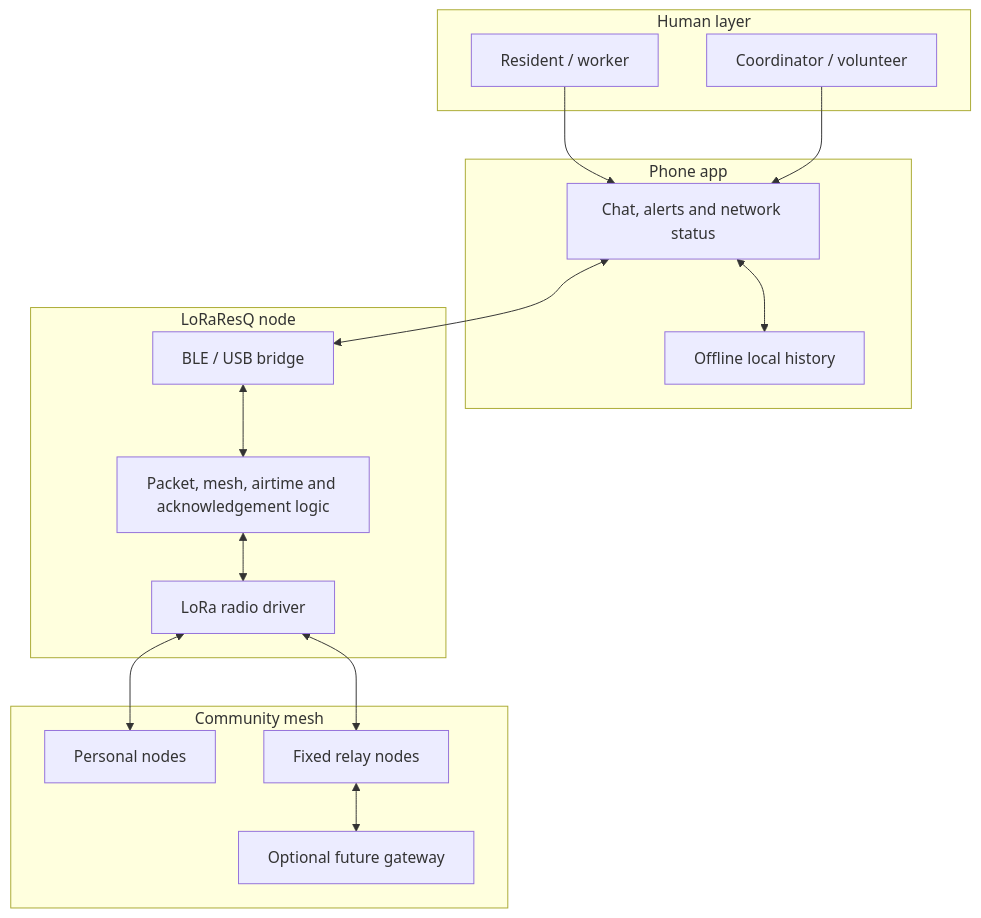
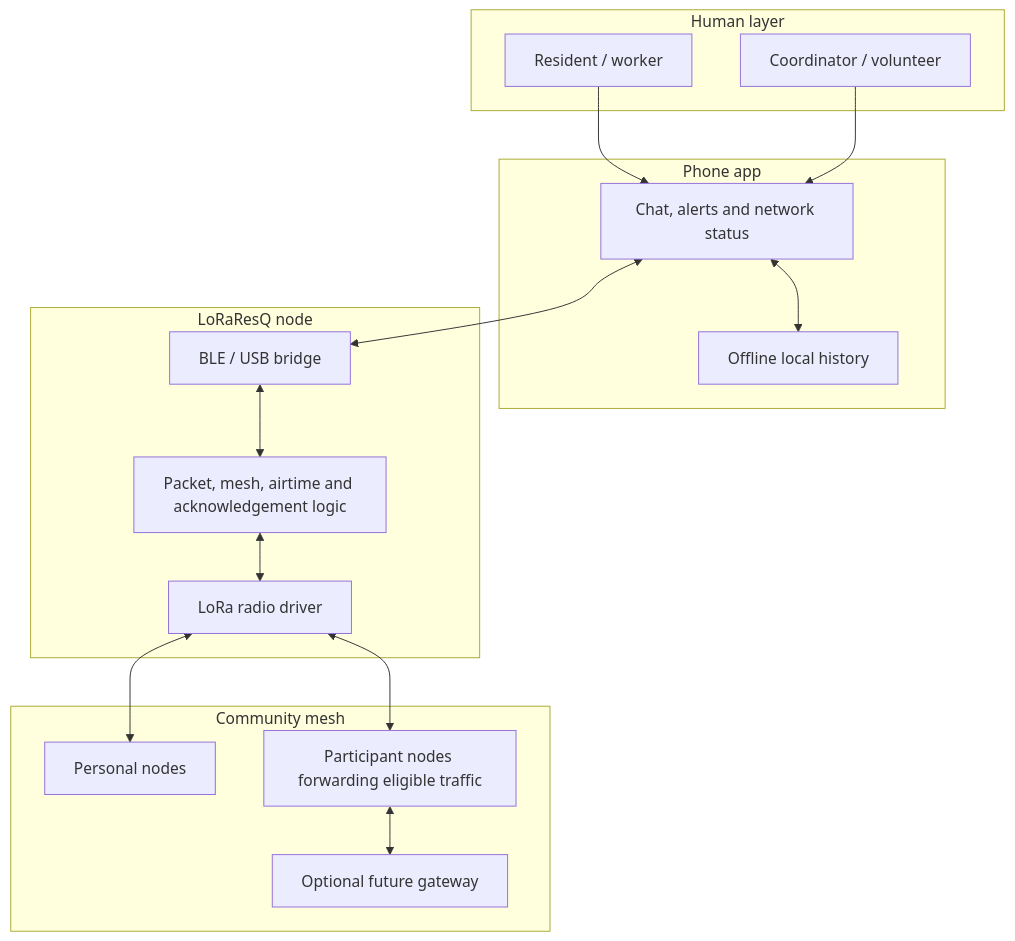
The second of 6 diagrams in PLAN.md (The-Usual-Idiots/LoRaResQ), drawn with Mermaid before and after one commit. The commit also changed other lines of this file and 1 other file, not shown here.

````diff
--- a/PLAN.md
+++ b/PLAN.md
@@ -237,30 +237,30 @@
 ```mermaid
 flowchart TB
     subgraph Human[Human layer]
         U[Resident / worker]
         C[Coordinator / volunteer]
     end
     subgraph Phone[Phone app]
         UX[Chat, alerts and network status]
         Local[Offline local history]
     end
     subgraph Node[LoRaResQ node]
         Bridge[BLE / USB bridge]
         Mesh[Packet, mesh, airtime and acknowledgement logic]
         Radio[LoRa radio driver]
     end
     subgraph Community[Community mesh]
         P[Personal nodes]
-        R[Fixed relay nodes]
+        R[Participant nodes forwarding eligible traffic]
         G[Optional future gateway]
     end
     U --> UX
     C --> UX
     UX <--> Local
     UX <--> Bridge
     Bridge <--> Mesh
     Mesh <--> Radio
     Radio <--> P
     Radio <--> R
     R <--> G
 ```
````
